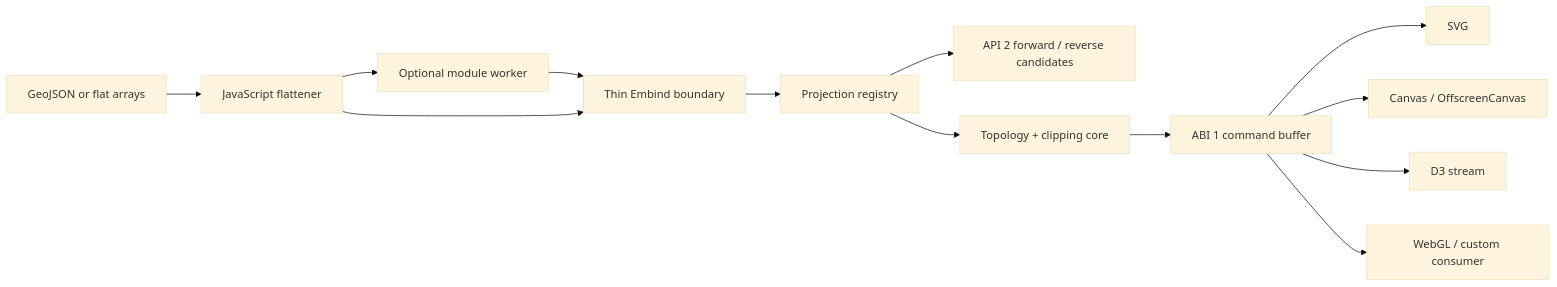
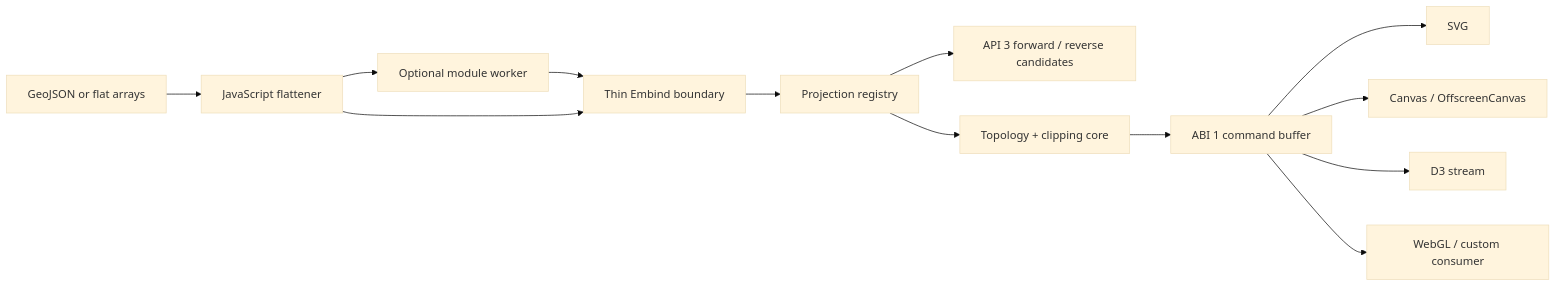
Before and after one commit to bdekoz/cartofreako: the diagram in docs/pages/stage-10-webassembly.md, drawn with Mermaid (base theme). The commit also changed other lines of this file and 38 other files, not shown here.

````diff
--- a/docs/pages/stage-10-webassembly.md
+++ b/docs/pages/stage-10-webassembly.md
@@ -49,23 +49,23 @@
 ```mermaid
 flowchart LR
   GEO["GeoJSON or flat arrays"]
   FLAT["JavaScript flattener"]
   WORKER["Optional module worker"]
   BIND["Thin Embind boundary"]
   REG["Projection registry"]
-  POINT["API 2 forward / reverse candidates"]
+  POINT["API 3 forward / reverse candidates"]
   TOPO["Topology + clipping core"]
   BUF["ABI 1 command buffer"]
   SVG["SVG"]
   CANVAS["Canvas / OffscreenCanvas"]
   D3["D3 stream"]
   CUSTOM["WebGL / custom consumer"]
 
   GEO --> FLAT --> WORKER --> BIND --> REG --> TOPO --> BUF
   REG --> POINT
   FLAT --> BIND
   BUF --> SVG
   BUF --> CANVAS
   BUF --> D3
   BUF --> CUSTOM
 ```
````
